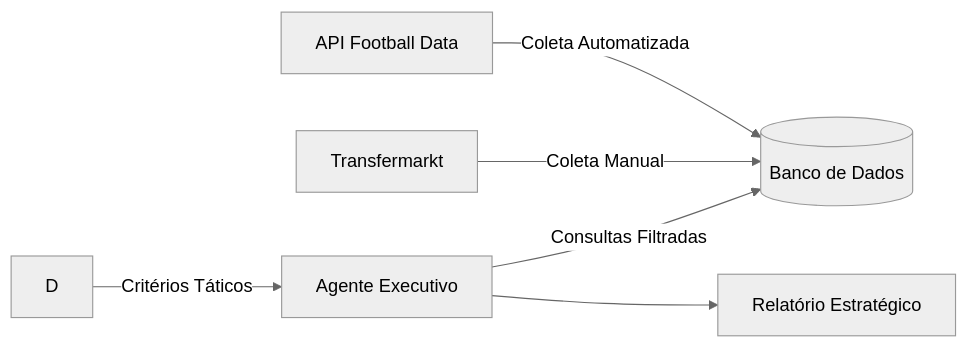
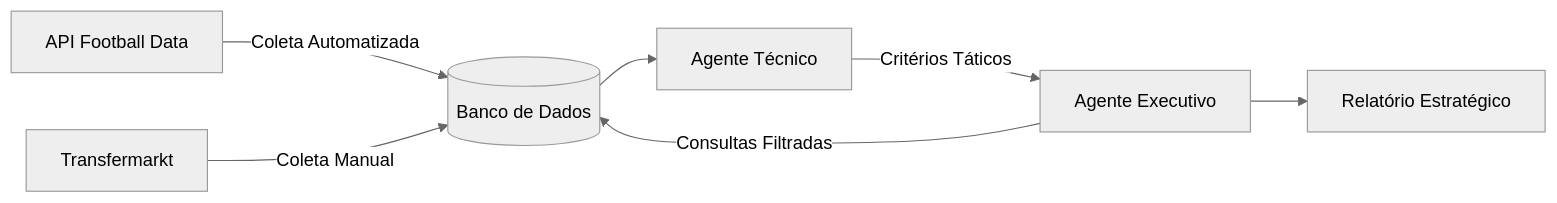
One commit to Reyso/ScoutAi-Agents changed the diagram in README.md. Above: the diagram before and after it, drawn with Mermaid (neutral theme). The commit also changed other lines of this file, not shown here.

````diff
--- a/README.md
+++ b/README.md
@@ -19,8 +19,9 @@
 ```mermaid
 graph LR
     A[API Football Data] -->|Coleta Automatizada| B[(Banco de Dados)]
     C[Transfermarkt] -->|Coleta Manual| B
+    B --> D[Agente Técnico]
     D -->|Critérios Táticos| E[Agente Executivo]
     E -->|Consultas Filtradas| B
     E --> F[Relatório Estratégico] 
 ```
````
